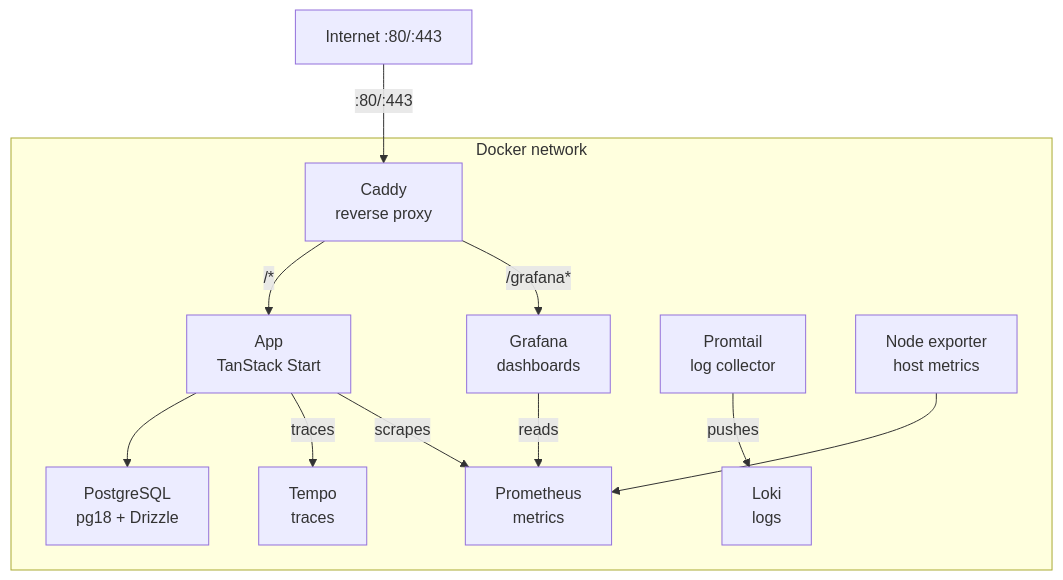
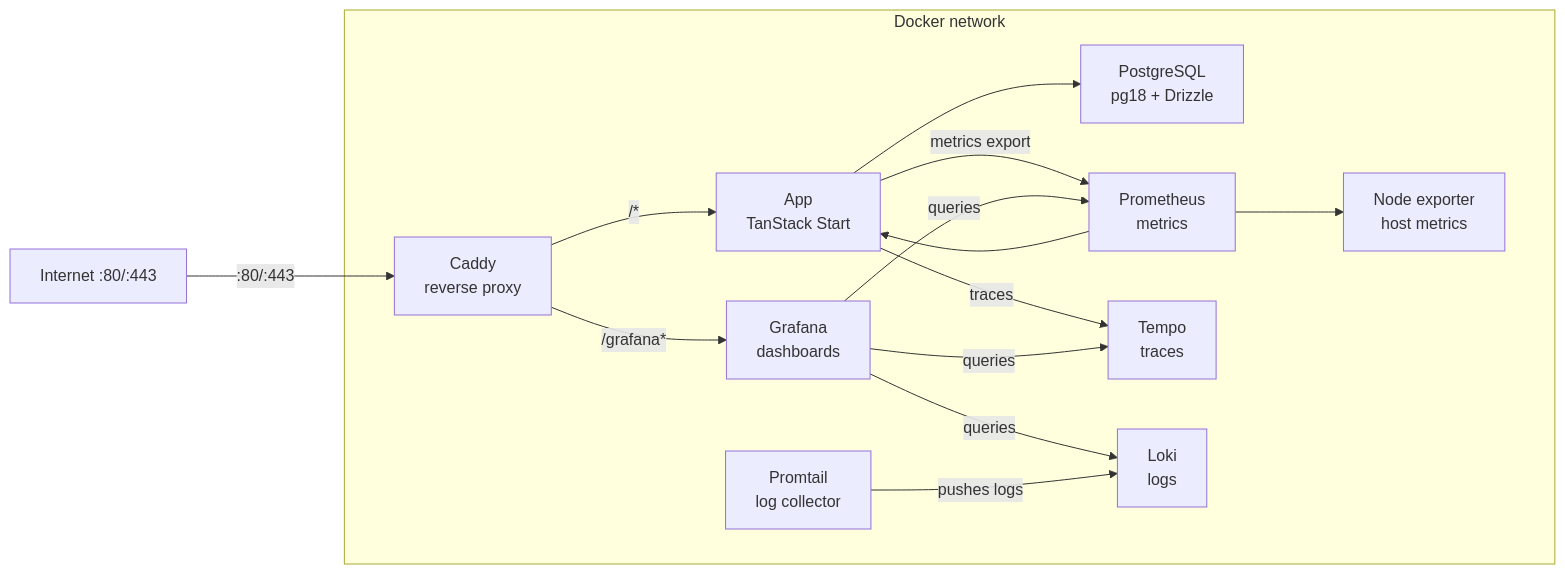
One commit to MaciejGarncarski/snack-rate changed the diagram in readme.md. Above: the diagram before and after it, drawn with Mermaid.

Commit message:
docs: update infra diagram

````diff
--- a/readme.md
+++ b/readme.md
@@ -124,26 +124,34 @@
 ```mermaid
-graph TD
+%%{init: {'flowchart': {'nodeSpacing':50, 'rankSpacing': 100}}}%%
+graph LR
   Internet["Internet :80/:443"]
 
   subgraph docker["Docker network"]
     Caddy["Caddy\nreverse proxy"]
     App["App\nTanStack Start"]
     Postgres["PostgreSQL\npg18 + Drizzle"]
     Grafana["Grafana\ndashboards"]
     Prometheus["Prometheus\nmetrics"]
     Tempo["Tempo\ntraces"]
     Loki["Loki\nlogs"]
     Promtail["Promtail\nlog collector"]
     NodeExp["Node exporter\nhost metrics"]
   end
 
   Internet -->|":80/:443"| Caddy
   Caddy -->|"/*"| App
   Caddy -->|"/grafana*"| Grafana
+
   App --> Postgres
   App -->|"traces"| Tempo
-  App -->|"scrapes"| Prometheus
-  Grafana -->|"reads"| Prometheus
-  Promtail -->|"pushes"| Loki
-  NodeExp --> Prometheus
+  App -->|"metrics export"| Prometheus
+
+  Prometheus --> App
+  Prometheus --> NodeExp
+
+  Grafana -->|"queries"| Prometheus
+  Grafana -->|"queries"| Loki
+  Grafana -->|"queries"| Tempo
+
+  Promtail -->|"pushes logs"| Loki
 ```
````
